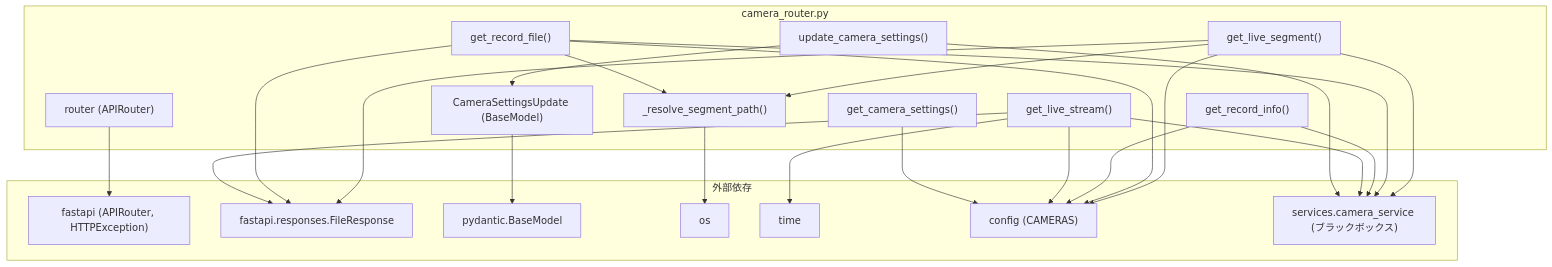
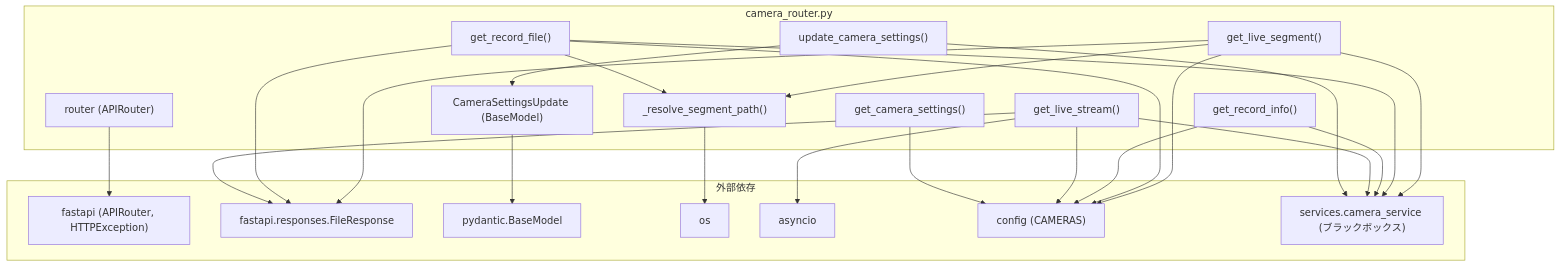
The second of 2 diagrams in docs/specifications/MY_HOME_SYSTEM/camera_router.md (mmtigers/my_python_project), drawn with Mermaid before and after one commit. The commit also changed other lines of this file and 87 other files, not shown here.

````diff
--- a/docs/specifications/MY_HOME_SYSTEM/camera_router.md
+++ b/docs/specifications/MY_HOME_SYSTEM/camera_router.md
@@ -259,45 +259,45 @@
 ```mermaid
 graph TD
     subgraph "camera_router.py"
         router["router (APIRouter)"]
         CameraSettingsUpdate["CameraSettingsUpdate (BaseModel)"]
         resolve_segment_path["_resolve_segment_path()"]
         get_camera_settings["get_camera_settings()"]
         update_camera_settings["update_camera_settings()"]
         get_live_stream["get_live_stream()"]
         get_record_info["get_record_info()"]
         get_record_file["get_record_file()"]
         get_live_segment["get_live_segment()"]
     end
 
     subgraph "外部依存"
         fastapi["fastapi (APIRouter, HTTPException)"]
         fastapi_responses["fastapi.responses.FileResponse"]
         pydantic_mod["pydantic.BaseModel"]
         os_mod["os"]
-        time_mod["time"]
+        asyncio_mod["asyncio"]
         config["config (CAMERAS)"]
         camera_service["services.camera_service (ブラックボックス)"]
     end
 
     router --> fastapi
     CameraSettingsUpdate --> pydantic_mod
     update_camera_settings --> CameraSettingsUpdate
     update_camera_settings --> camera_service
     get_camera_settings --> config
     get_live_stream --> config
     get_live_stream --> camera_service
-    get_live_stream --> time_mod
+    get_live_stream --> asyncio_mod
     get_live_stream --> fastapi_responses
     get_record_info --> config
     get_record_info --> camera_service
     get_record_file --> config
     get_record_file --> camera_service
     get_record_file --> resolve_segment_path
     get_record_file --> fastapi_responses
     get_live_segment --> config
     get_live_segment --> camera_service
     get_live_segment --> resolve_segment_path
     get_live_segment --> fastapi_responses
     resolve_segment_path --> os_mod
 ```
````
